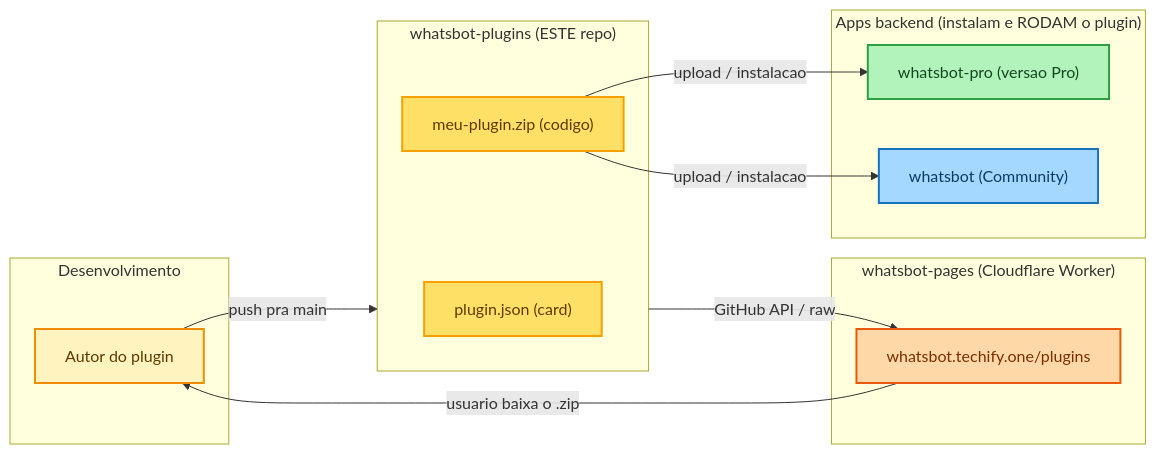
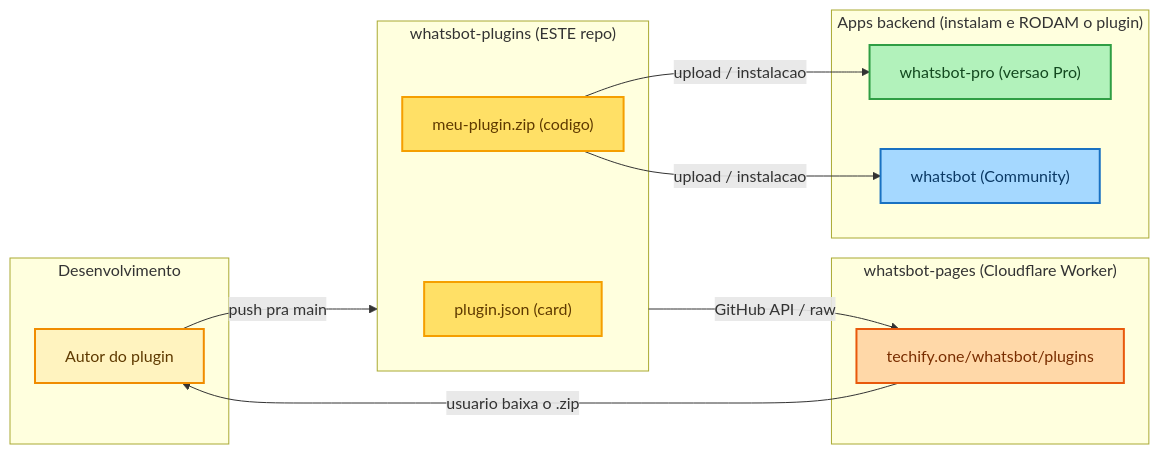
One commit to Techify-one/whatsbot-plugins changed the first of 7 diagrams in docs/ARQUITETURA-PLUGINS.md. Above: the diagram before and after it, drawn with Mermaid. The commit also changed other lines of this file and 3 other files, not shown here.

First line of the commit message:
docs: atualiza URL da loja de plugins para techify.one/whatsbot/plugins

````diff
--- a/docs/ARQUITETURA-PLUGINS.md
+++ b/docs/ARQUITETURA-PLUGINS.md
@@ -19,37 +19,37 @@
 ```mermaid
 flowchart LR
   subgraph Dev["Desenvolvimento"]
     autor["Autor do plugin"]
   end
 
   subgraph Loja["whatsbot-plugins (ESTE repo)"]
     pjson["plugin.json (card)"]
     zip["meu-plugin.zip (codigo)"]
   end
 
   subgraph Pagina["whatsbot-pages (Cloudflare Worker)"]
-    page["whatsbot.techify.one/plugins"]
+    page["techify.one/whatsbot/plugins"]
   end
 
   subgraph Apps["Apps backend (instalam e RODAM o plugin)"]
     pro["whatsbot-pro (versao Pro)"]
     comm["whatsbot (Community)"]
   end
 
   autor -->|"push pra main"| Loja
   Loja -->|"GitHub API / raw"| page
   page -->|"usuario baixa o .zip"| autor
   zip -->|"upload / instalacao"| pro
   zip -->|"upload / instalacao"| comm
 
   classDef devC fill:#fff3bf,stroke:#f08c00,stroke-width:2px,color:#5f3a00;
   classDef lojaC fill:#ffe066,stroke:#f59f00,stroke-width:2px,color:#5f3a00;
   classDef pageC fill:#ffd8a8,stroke:#e8590c,stroke-width:2px,color:#7a2e00;
   classDef proC fill:#b2f2bb,stroke:#2f9e44,stroke-width:2px,color:#13491f;
   classDef commC fill:#a5d8ff,stroke:#1971c2,stroke-width:2px,color:#0b3a66;
   class autor devC;
   class pjson,zip lojaC;
   class page pageC;
   class pro proC;
   class comm commC;
 ```
````
